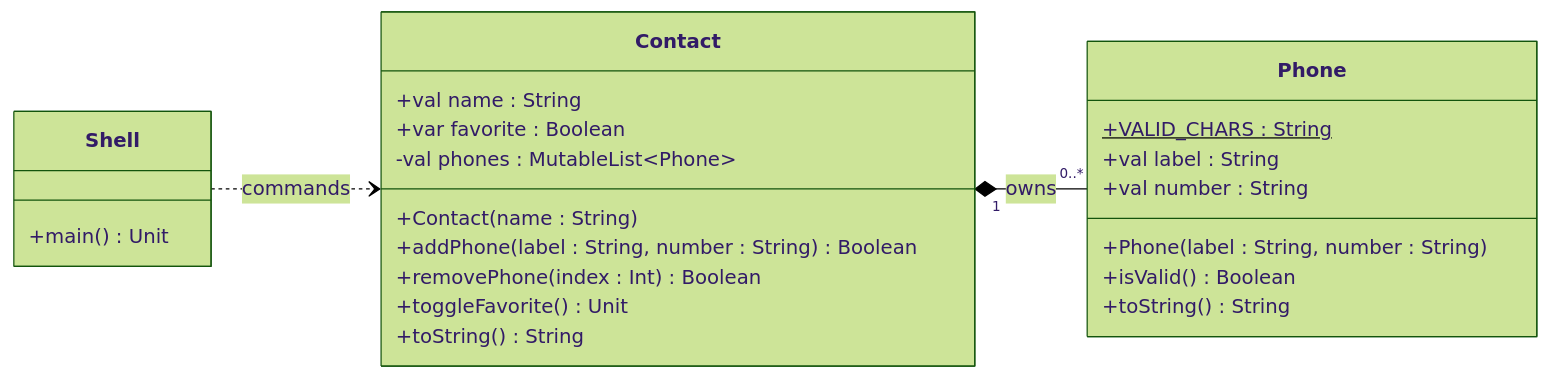
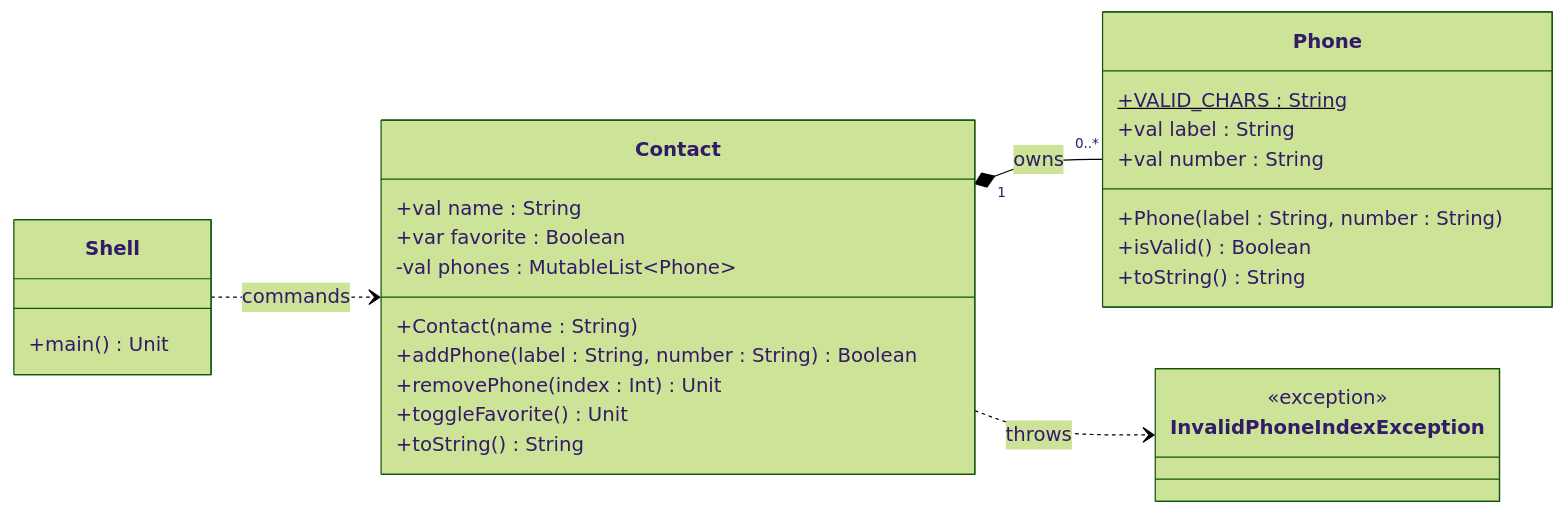
One commit to qxcodepoo/arcade changed the diagram in labs/contato/README.md. Above: the diagram before and after it, drawn with Mermaid (forest theme). The commit also changed other lines of this file and 44 other files, not shown here.

````diff
--- a/labs/contato/README.md
+++ b/labs/contato/README.md
@@ -76,32 +77,37 @@
 ```mermaid
 %%{init: {'fontFamily': 'monospace'}}%%
 classDiagram
     direction LR
+
+    class InvalidPhoneIndexException {
+        <<exception>>
+    }
 
     class Phone {
         +VALID_CHARS : String$
         +val label : String
         +val number : String
         +Phone(label : String, number : String)
         +isValid() Boolean
         +toString() String
     }
 
     class Contact {
         +val name : String
         +var favorite : Boolean
         -val phones : MutableList~Phone~
         +Contact(name : String)
         +addPhone(label : String, number : String) Boolean
-        +removePhone(index : Int) Boolean
+        +removePhone(index : Int) Unit
         +toggleFavorite() Unit
         +toString() String
     }
 
     class Shell {
         +main() Unit
     }
 
     Contact "1" *-- "0..*" Phone : owns
+    Contact ..> InvalidPhoneIndexException : throws
     Shell ..> Contact : commands
 ```
````
